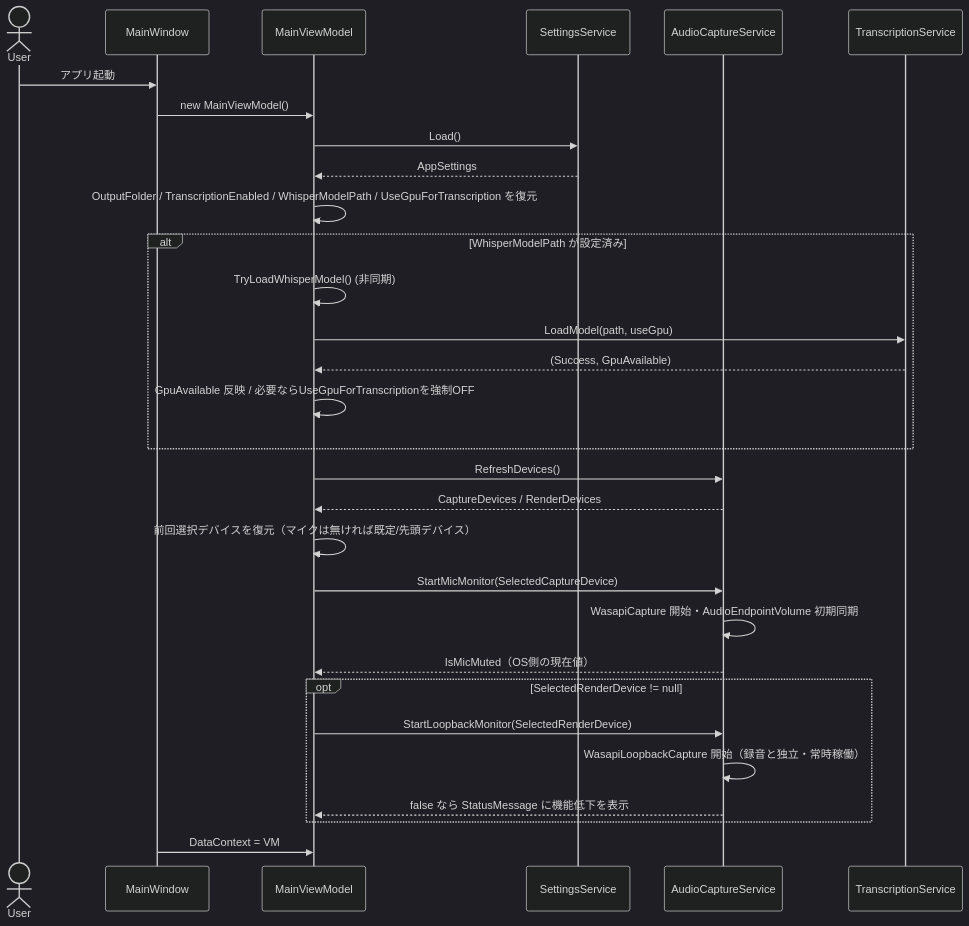
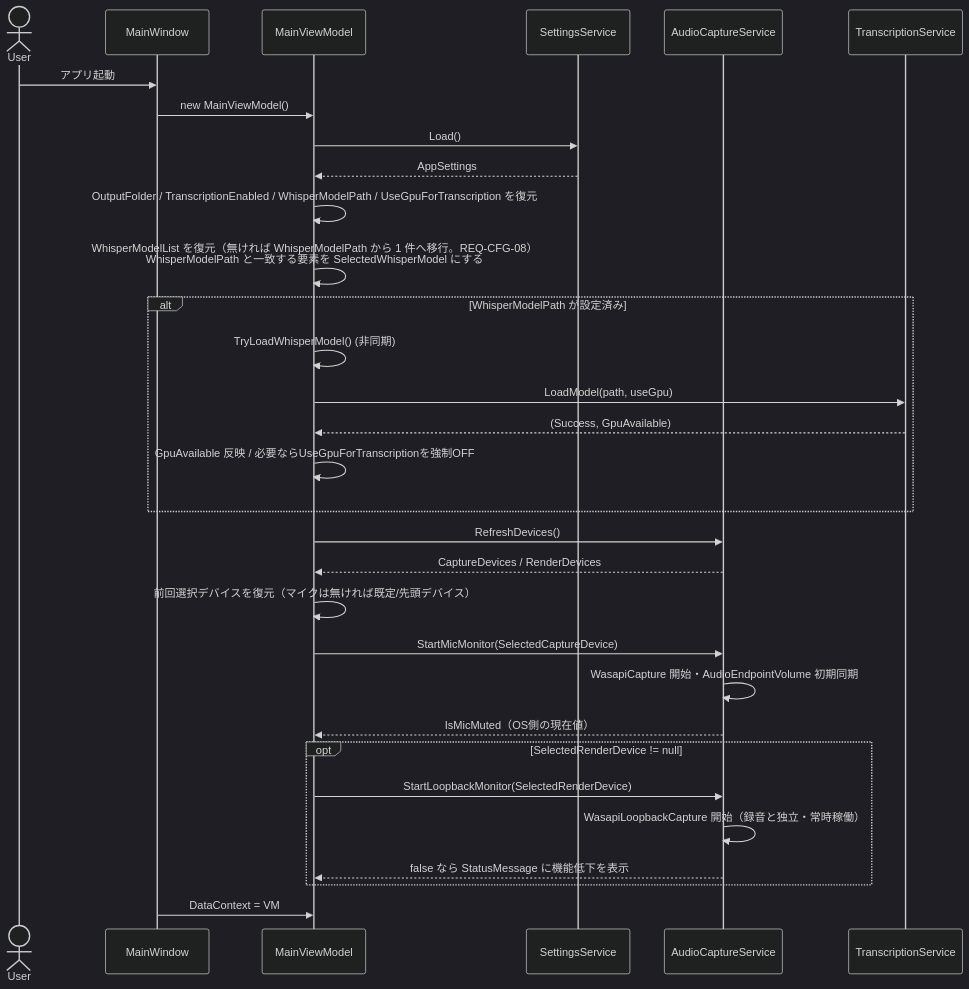
Before and after one commit to otomac/audio-capture-app: the first of 9 diagrams in docs/spec/04_sequence_diagram.md, drawn with Mermaid (dark theme). The commit also changed other lines of this file and 58 other files, not shown here.

````diff
--- a/docs/spec/04_sequence_diagram.md
+++ b/docs/spec/04_sequence_diagram.md
@@ -7,37 +7,38 @@
 ```mermaid
 sequenceDiagram
     actor User
     participant MW as MainWindow
     participant VM as MainViewModel
     participant SS as SettingsService
     participant ACS as AudioCaptureService
     participant TS as TranscriptionService
 
     User->>MW: アプリ起動
     MW->>VM: new MainViewModel()
     VM->>SS: Load()
     SS-->>VM: AppSettings
     VM->>VM: OutputFolder / TranscriptionEnabled / WhisperModelPath / UseGpuForTranscription を復元
+    VM->>VM: WhisperModelList を復元（無ければ WhisperModelPath から 1 件へ移行。REQ-CFG-08）<br/>WhisperModelPath と一致する要素を SelectedWhisperModel にする
 
     alt WhisperModelPath が設定済み
         VM->>VM: TryLoadWhisperModel() (非同期)
         VM->>TS: LoadModel(path, useGpu)
         TS-->>VM: (Success, GpuAvailable)
         VM->>VM: GpuAvailable 反映 / 必要ならUseGpuForTranscriptionを強制OFF
     end
 
     VM->>ACS: RefreshDevices()
     ACS-->>VM: CaptureDevices / RenderDevices
     VM->>VM: 前回選択デバイスを復元（マイクは無ければ既定/先頭デバイス）
     VM->>ACS: StartMicMonitor(SelectedCaptureDevice)
     ACS->>ACS: WasapiCapture 開始・AudioEndpointVolume 初期同期
     ACS-->>VM: IsMicMuted（OS側の現在値）
 
     opt SelectedRenderDevice != null
         VM->>ACS: StartLoopbackMonitor(SelectedRenderDevice)
         ACS->>ACS: WasapiLoopbackCapture 開始（録音と独立・常時稼働）
         ACS-->>VM: false なら StatusMessage に機能低下を表示
     end
 
     MW->>VM: DataContext = VM
 ```
````
